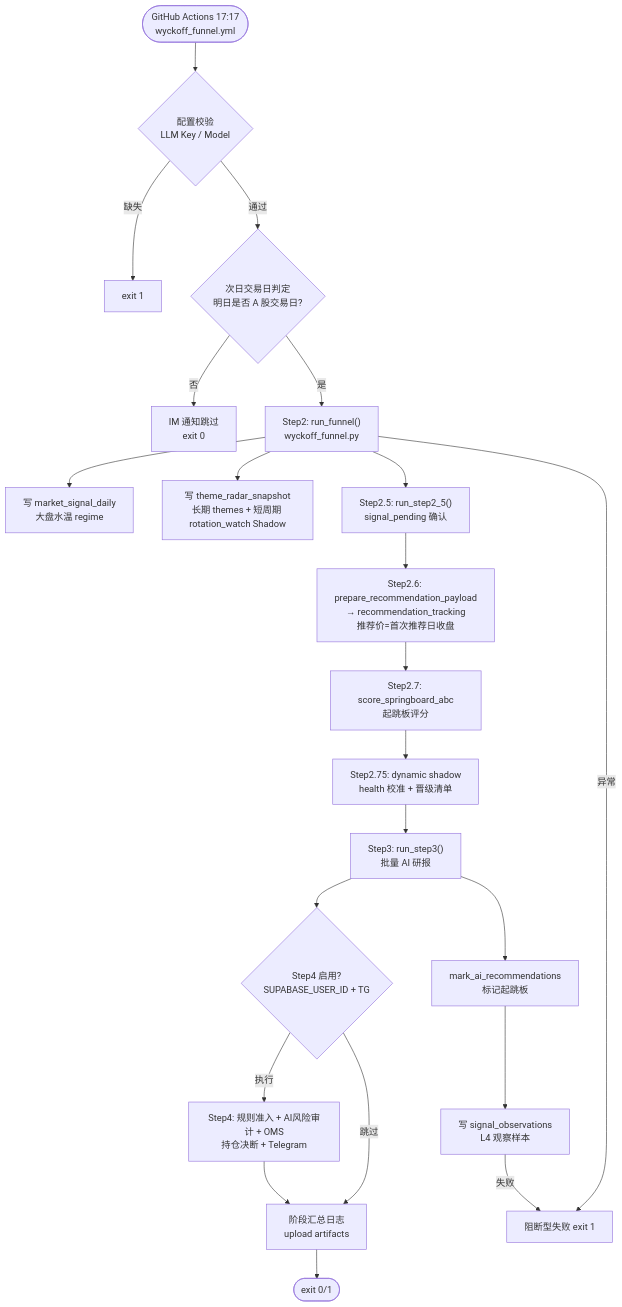
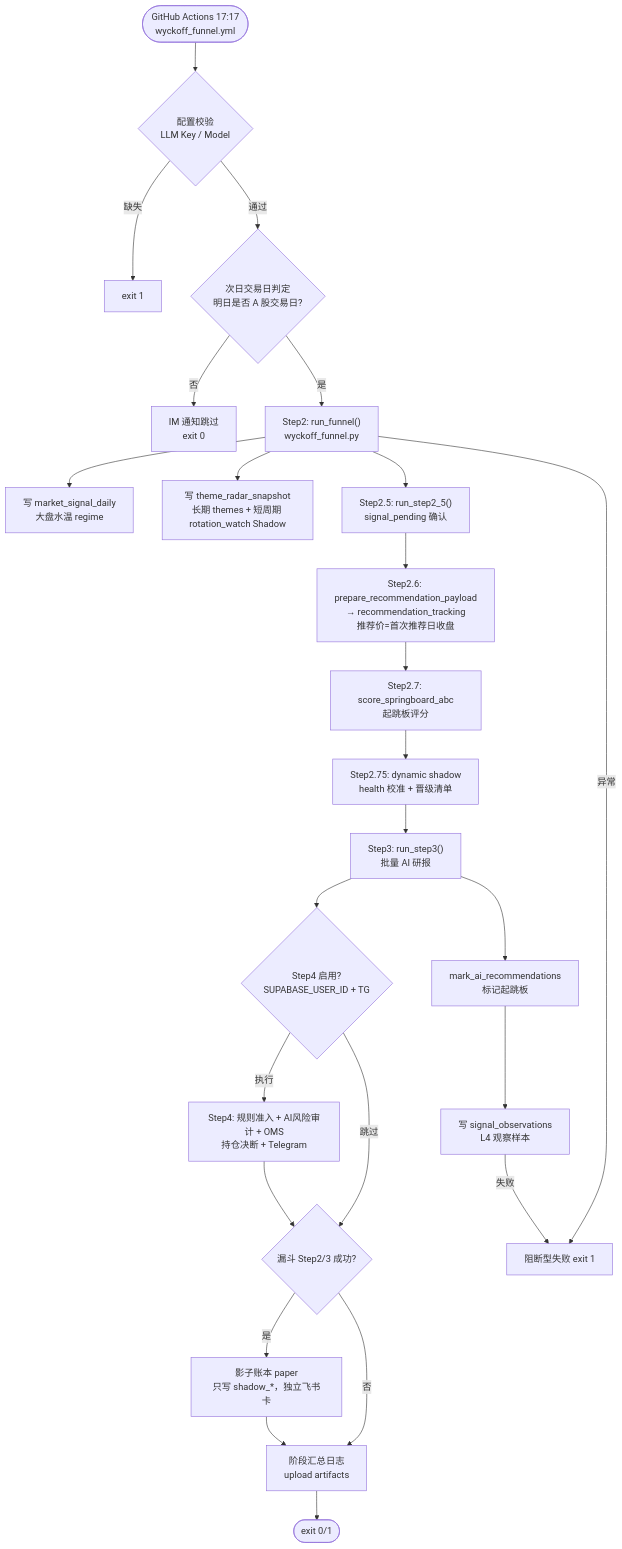
One commit to YoungCan-Wang/WyckoffTradingAgent changed the second of 7 diagrams in docs/A_SHARE_FUNNEL_FLOW.md. Above: the diagram before and after it, drawn with Mermaid. The commit also changed other lines of this file and 34 other files, not shown here.

First line of the commit message:
feat: 影子账本 paper ledger + 形态列表截断修复 + 去掉 ETF 文案 (#330)

````diff
--- a/docs/A_SHARE_FUNNEL_FLOW.md
+++ b/docs/A_SHARE_FUNNEL_FLOW.md
@@ -77,29 +80,32 @@
 ```mermaid
 flowchart TD
     START(["GitHub Actions 17:17<br/>wyckoff_funnel.yml"]) --> CHECK1{"配置校验<br/>LLM Key / Model"}
     CHECK1 -->|缺失| FAIL1["exit 1"]
     CHECK1 -->|通过| CHECK2{"次日交易日判定<br/>明日是否 A 股交易日?"}
     CHECK2 -->|否| SKIP["IM 通知跳过<br/>exit 0"]
     CHECK2 -->|是| STEP2
 
     STEP2["Step2: run_funnel()<br/>wyckoff_funnel.py"] --> P1["写 market_signal_daily<br/>大盘水温 regime"]
     STEP2 --> P2["写 theme_radar_snapshot<br/>长期 themes + 短周期 rotation_watch Shadow"]
     STEP2 --> S25
 
     S25["Step2.5: run_step2_5()<br/>signal_pending 确认"] --> S26
     S26["Step2.6: prepare_recommendation_payload<br/>→ recommendation_tracking<br/>推荐价=首次推荐日收盘"] --> S27
     S27["Step2.7: score_springboard_abc<br/>起跳板评分"] --> S275["Step2.75: dynamic shadow<br/>health 校准 + 晋级清单"] --> S3
 
     S3["Step3: run_step3()<br/>批量 AI 研报"] --> MARK["mark_ai_recommendations<br/>标记起跳板"]
     MARK --> OBS["写 signal_observations<br/>L4 观察样本"]
 
     S3 --> S4CHK{"Step4 启用?<br/>SUPABASE_USER_ID + TG"}
-    S4CHK -->|跳过| SUM
+    S4CHK -->|跳过| SHADOW
     S4CHK -->|执行| S4
 
-    S4["Step4: 规则准入 + AI风险审计 + OMS<br/>持仓决断 + Telegram"] --> SUM
+    S4["Step4: 规则准入 + AI风险审计 + OMS<br/>持仓决断 + Telegram"] --> SHADOW
+    SHADOW{"漏斗 Step2/3 成功?"} -->|是| PAPER["影子账本 paper<br/>只写 shadow_*，独立飞书卡"]
+    SHADOW -->|否| SUM
+    PAPER --> SUM
     SUM["阶段汇总日志<br/>upload artifacts"] --> END(["exit 0/1"])
 
     STEP2 -->|异常| BLOCK["阻断型失败 exit 1"]
     OBS -->|失败| BLOCK
 ```
````
